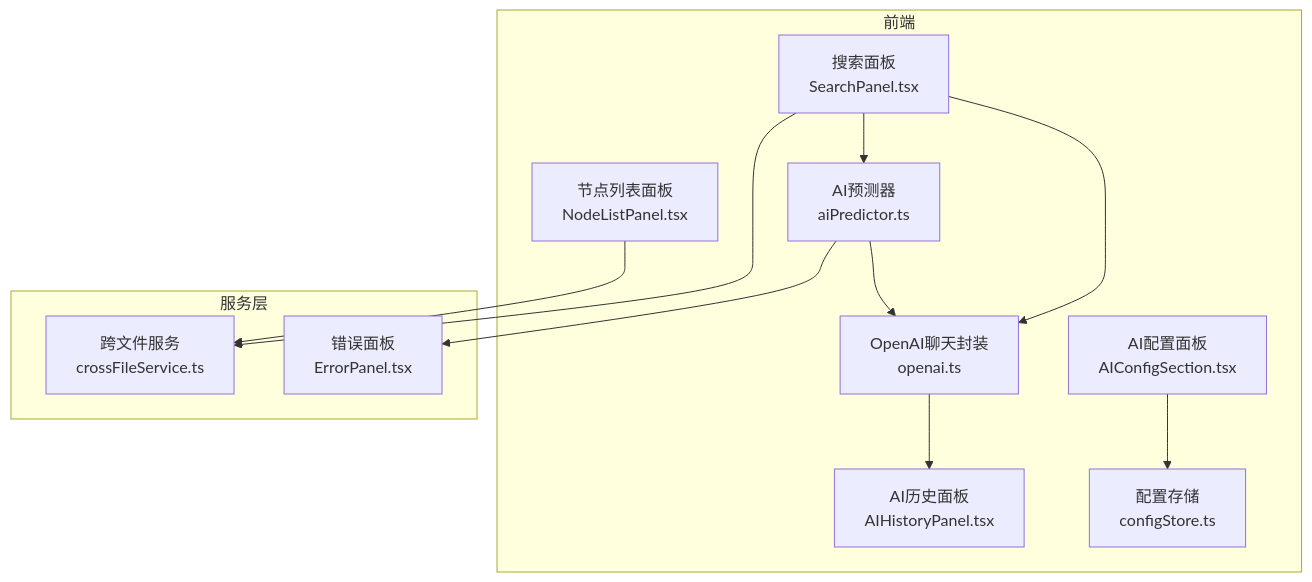
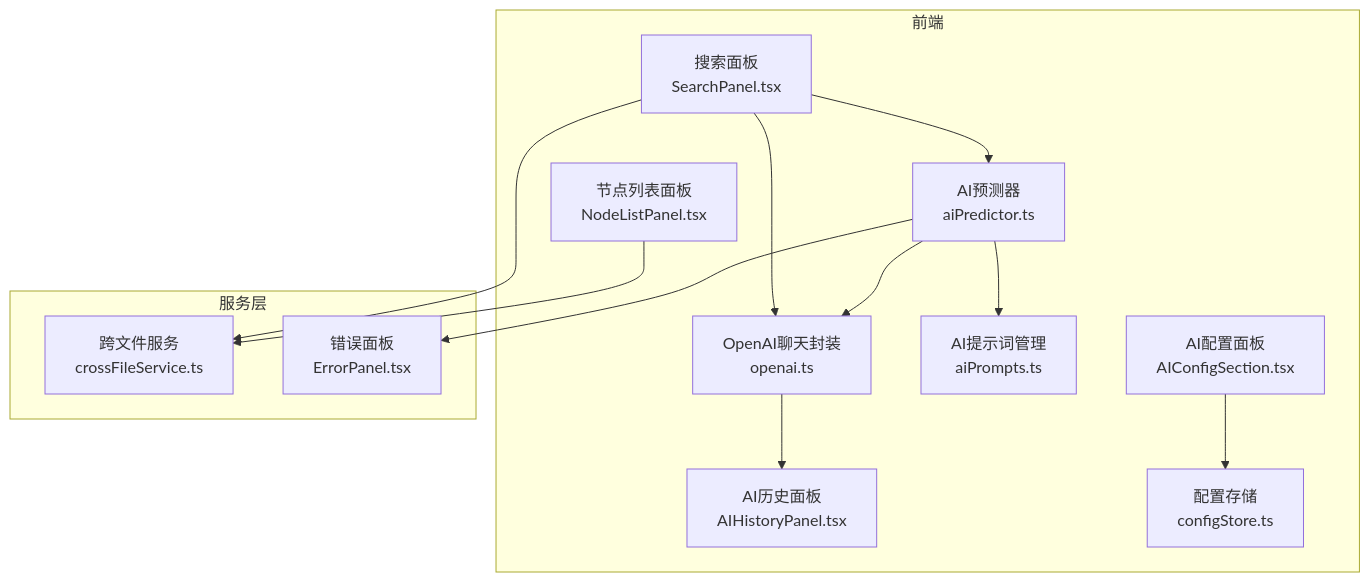
Before and after one commit to kqcoxn/MaaPipelineEditor: the first of 9 diagrams in .qoder/repowiki/zh/content/AI辅助功能/AI辅助功能.md, drawn with Mermaid. The commit also changed other lines of this file and 50 other files, not shown here.

````diff
--- a/.qoder/repowiki/zh/content/AI辅助功能/AI辅助功能.md
+++ b/.qoder/repowiki/zh/content/AI辅助功能/AI辅助功能.md
@@ -35,24 +46,26 @@
 ```mermaid
 graph TB
 subgraph "前端"
 SP["搜索面板<br/>SearchPanel.tsx"]
 NLP["节点列表面板<br/>NodeListPanel.tsx"]
 AICFG["AI配置面板<br/>AIConfigSection.tsx"]
 AIPRED["AI预测器<br/>aiPredictor.ts"]
+AIPROMPT["AI提示词管理<br/>aiPrompts.ts"]
 OPENAI["OpenAI聊天封装<br/>openai.ts"]
 HIS["AI历史面板<br/>AIHistoryPanel.tsx"]
 CFG["配置存储<br/>configStore.ts"]
 end
 subgraph "服务层"
 CFS["跨文件服务<br/>crossFileService.ts"]
 ERR["错误面板<br/>ErrorPanel.tsx"]
 end
 SP --> AIPRED
 SP --> OPENAI
 SP --> CFS
 NLP --> CFS
 AIPRED --> OPENAI
+AIPRED --> AIPROMPT
 OPENAI --> HIS
 AICFG --> CFG
 AIPRED --> ERR
 ```
````
